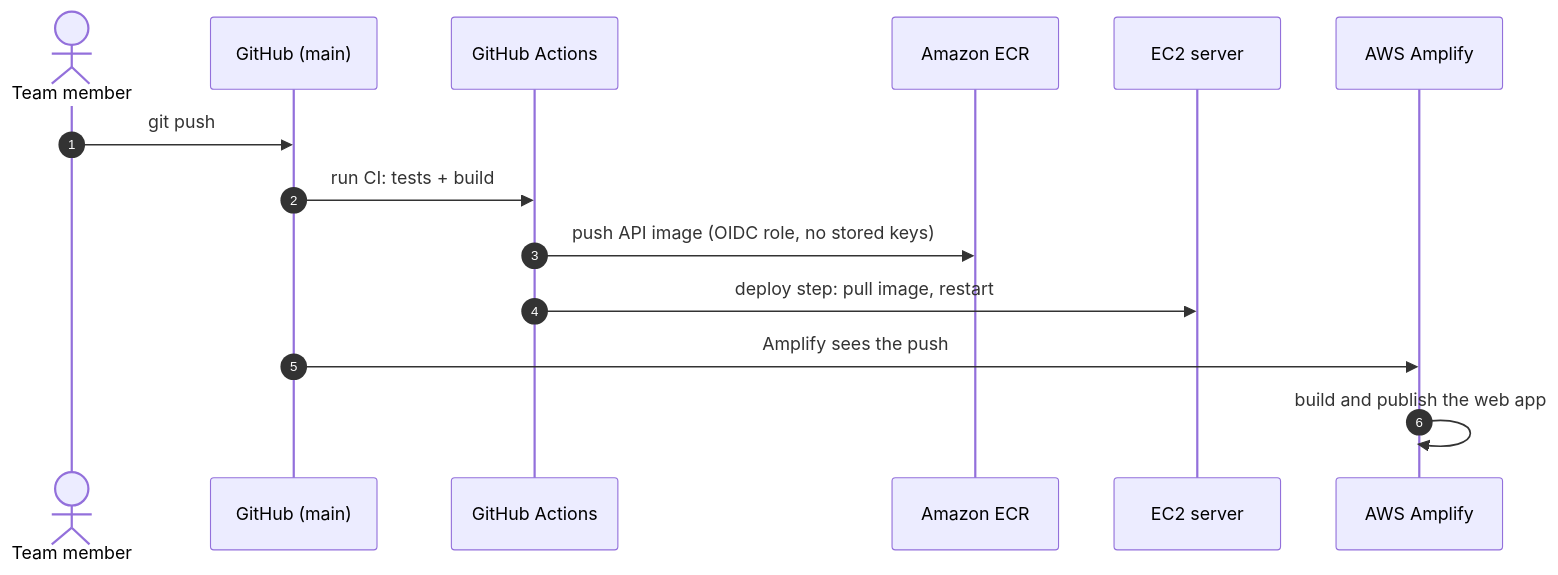
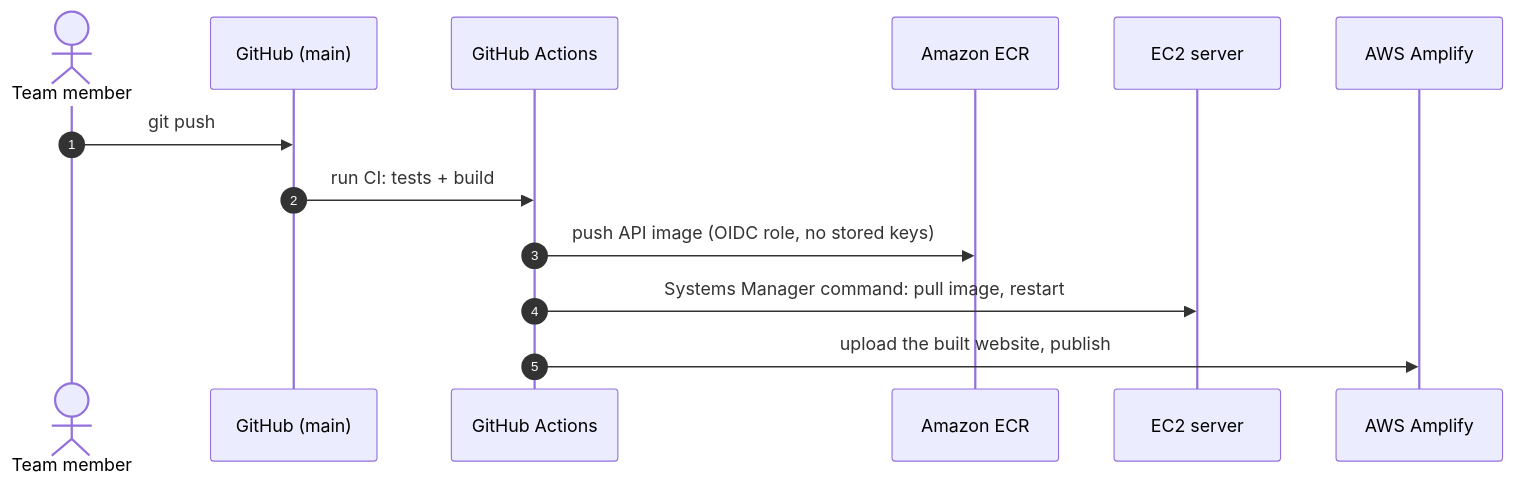
One commit to saimuthiki/halcyon-deliverylens changed the third of 3 diagrams in docs/06-aws-setup-guide.md. Above: the diagram before and after it, drawn with Mermaid. The commit also changed other lines of this file and 10 other files, not shown here.

First line of the commit message:
Auto-deploy on push, alarm emails, Ask carrier totals and shared progress file

````diff
--- a/docs/06-aws-setup-guide.md
+++ b/docs/06-aws-setup-guide.md
@@ -86,16 +86,15 @@
 ```mermaid
 sequenceDiagram
   autonumber
   actor Dev as Team member
   participant GH as GitHub (main)
   participant GA as GitHub Actions
   participant ECR as Amazon ECR
   participant EC2 as EC2 server
   participant AMP as AWS Amplify
   Dev->>GH: git push
   GH->>GA: run CI: tests + build
   GA->>ECR: push API image (OIDC role, no stored keys)
-  GA->>EC2: deploy step: pull image, restart
-  GH->>AMP: Amplify sees the push
-  AMP->>AMP: build and publish the web app
+  GA->>EC2: Systems Manager command: pull image, restart
+  GA->>AMP: upload the built website, publish
 ```
````
